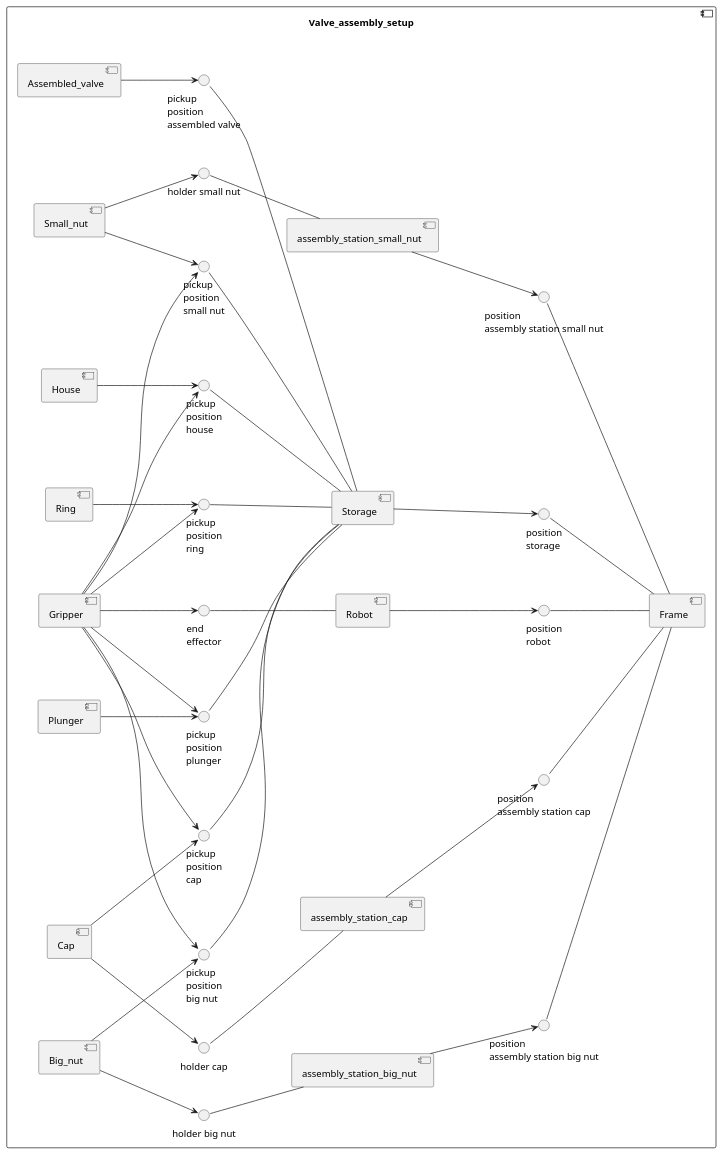
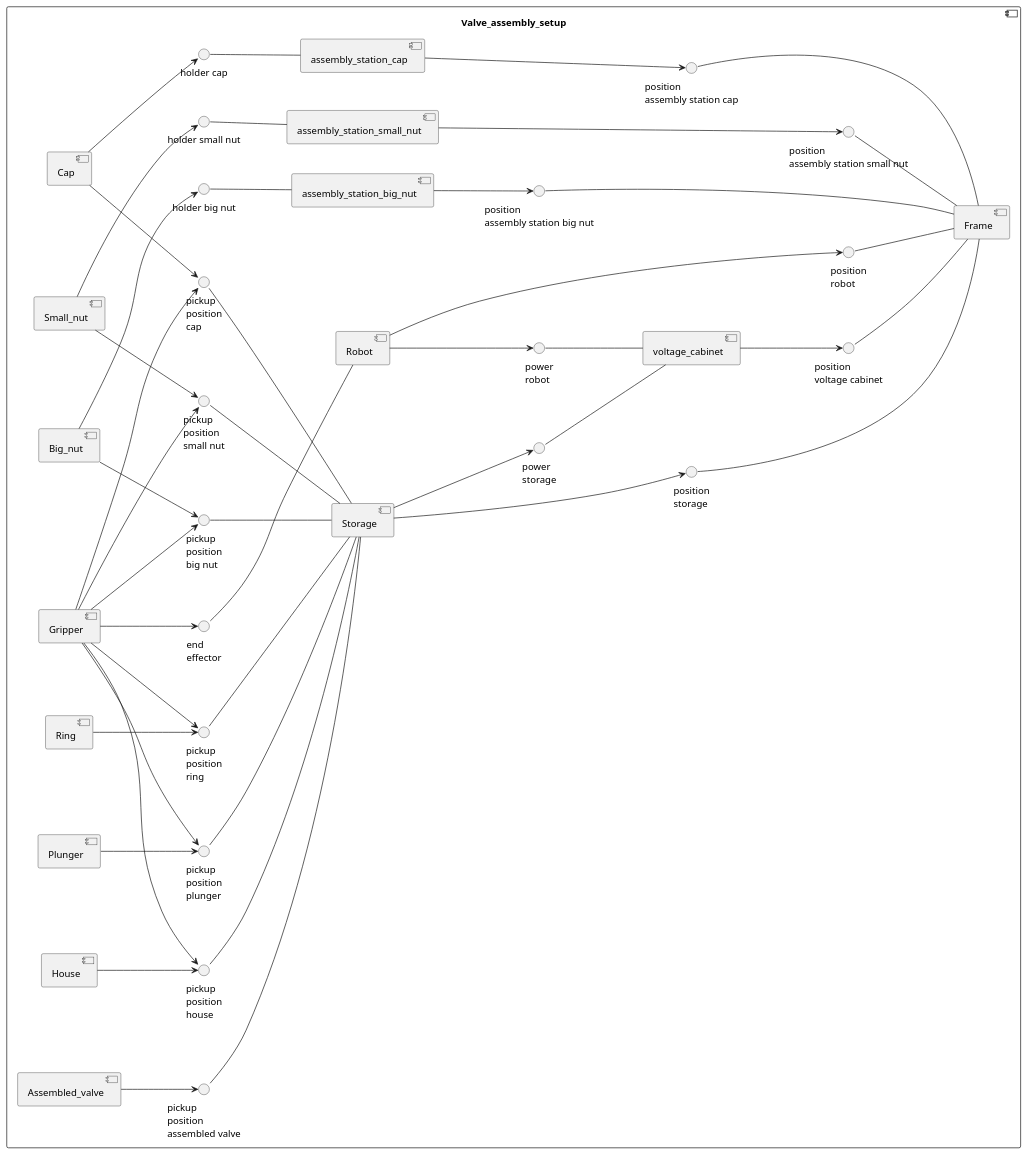
One commit to Timon14kraan/Project-Proces-and-Safety changed the second of 3 diagrams in src/Structure.md. Above: the diagram before and after it, drawn with PlantUML. The commit also changed other lines of this file and 6 other files, not shown here.

Commit message:
Toevoegen nieuwe tabel en diagram

````diff
--- a/src/Structure.md
+++ b/src/Structure.md
@@ -58,6 +59,7 @@
     () "pickup\nposition\nbig nut" -- Storage 
     () "pickup\nposition\nassembled valve" -- Storage     
     Storage --> "position\nstorage"
+    Storage --> "power\nstorage"
 
     [Ring]
     Ring --> "pickup\nposition\nring"
@@ -86,6 +88,7 @@
     [Robot]
     () "end\neffector" -- Robot
     Robot --> "position\nrobot"
+    Robot--> "power\nrobot"
 
     [Gripper]
     Gripper --> "pickup\nposition\nring"
@@ -102,6 +105,7 @@
     () "position\nassembly station cap" -- Frame
     () "position\nassembly station small nut" -- Frame
     () "position\nassembly station big nut" -- Frame
+    () "position\nvoltage cabinet" -- Frame
 
     [assembly_station_cap]
     () "holder cap" -- assembly_station_cap
@@ -115,9 +119,12 @@
     () "holder big nut" -- assembly_station_big_nut
     assembly_station_big_nut --> "position\nassembly station big nut"
 
+    [voltage_cabinet]
+    voltage_cabinet --> "position\nvoltage cabinet"
+    () "power\nrobot" -- voltage_cabinet
+    () "power\nstorage" -- voltage_cabinet
 
 }
 
 @enduml
-
 ```
````
